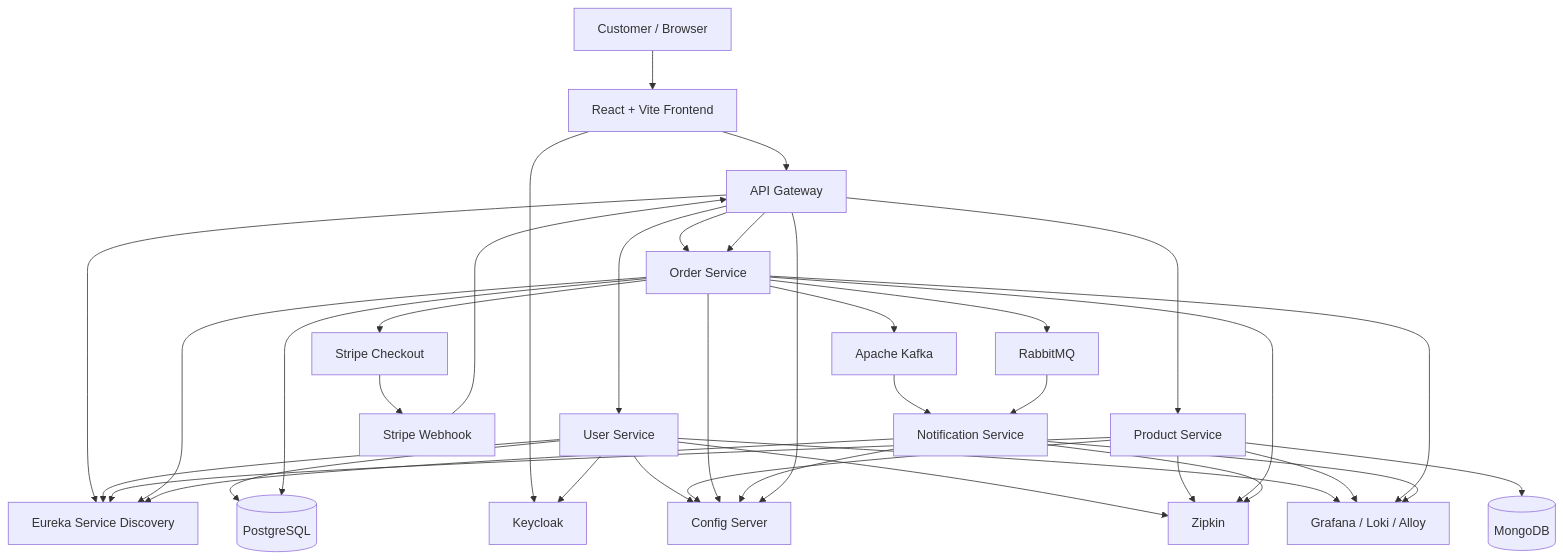
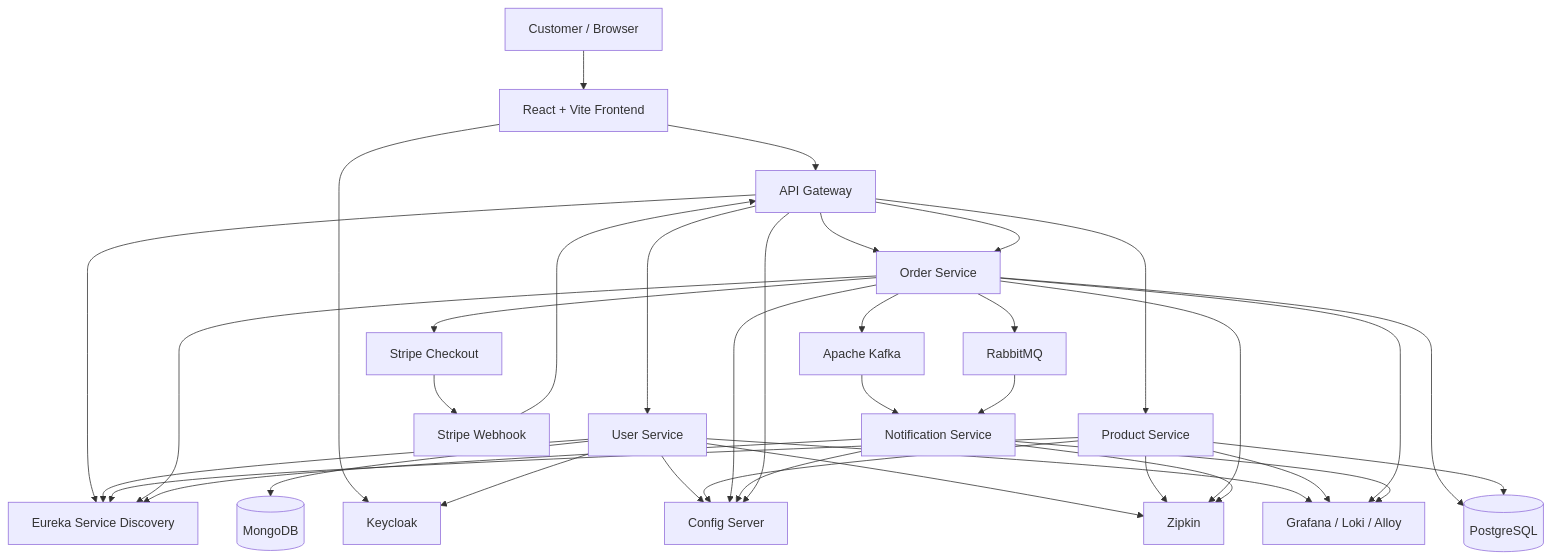
One commit to aamogha23billore/ecom-microservices-main changed the diagram in README.md. Above: the diagram before and after it, drawn with Mermaid. The commit also changed other lines of this file, not shown here.

````diff
--- a/README.md
+++ b/README.md
@@ -59,76 +88,76 @@
 ```mermaid
 flowchart TB
     U[Customer / Browser]
 
     FE[React + Vite Frontend]
 
     GW[API Gateway]
 
     E[Eureka Service Discovery]
     C[Config Server]
     KC[Keycloak]
 
     US[User Service]
     PS[Product Service]
     OS[Order Service]
     NS[Notification Service]
 
     PG[(PostgreSQL)]
     MG[(MongoDB)]
 
     K[Apache Kafka]
     R[RabbitMQ]
 
     S[Stripe Checkout]
     WH[Stripe Webhook]
 
     Z[Zipkin]
     G[Grafana / Loki / Alloy]
 
     U --> FE
     FE --> GW
 
     FE --> KC
     GW --> E
 
     GW --> US
     GW --> PS
     GW --> OS
 
-    US --> PG
+    US --> MG
     OS --> PG
-    PS --> MG
+    PS --> PG
 
     US --> KC
 
     OS --> S
     S --> WH
     WH --> GW
     GW --> OS
 
     OS --> K
     OS --> R
     K --> NS
     R --> NS
 
     US --> E
     PS --> E
     OS --> E
     NS --> E
 
     US --> C
     PS --> C
     OS --> C
     NS --> C
     GW --> C
 
     US --> Z
     PS --> Z
     OS --> Z
     NS --> Z
 
     US --> G
     PS --> G
     OS --> G
     NS --> G
 ```
````
